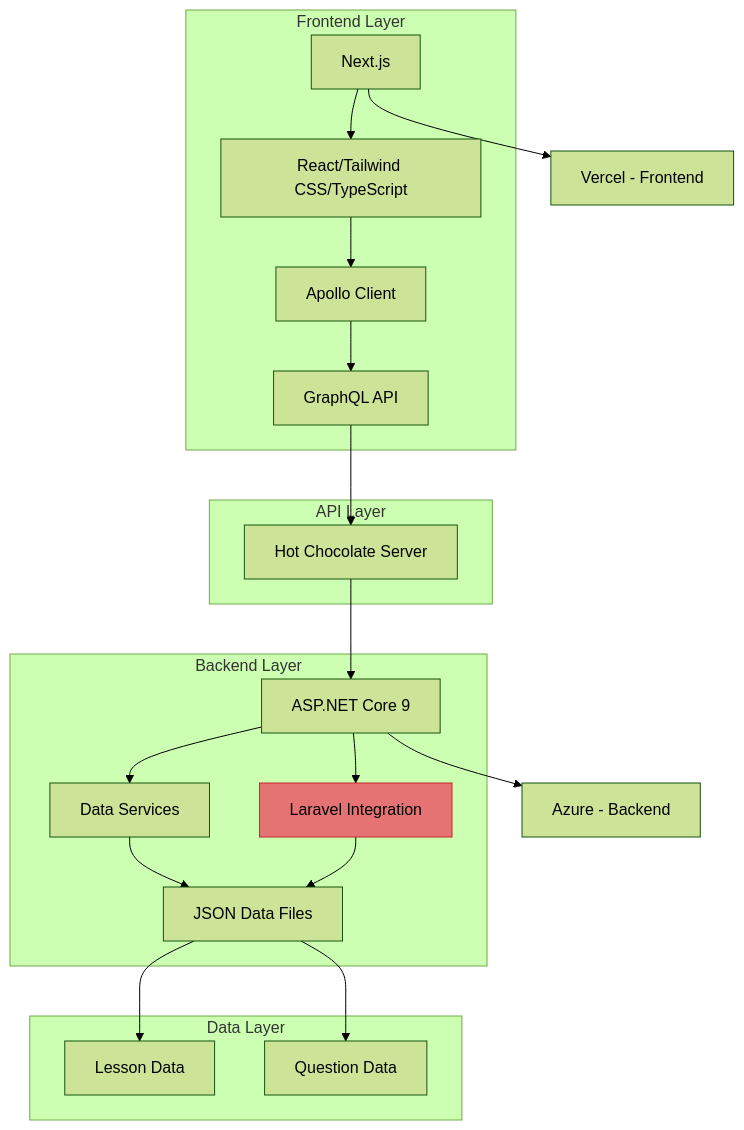
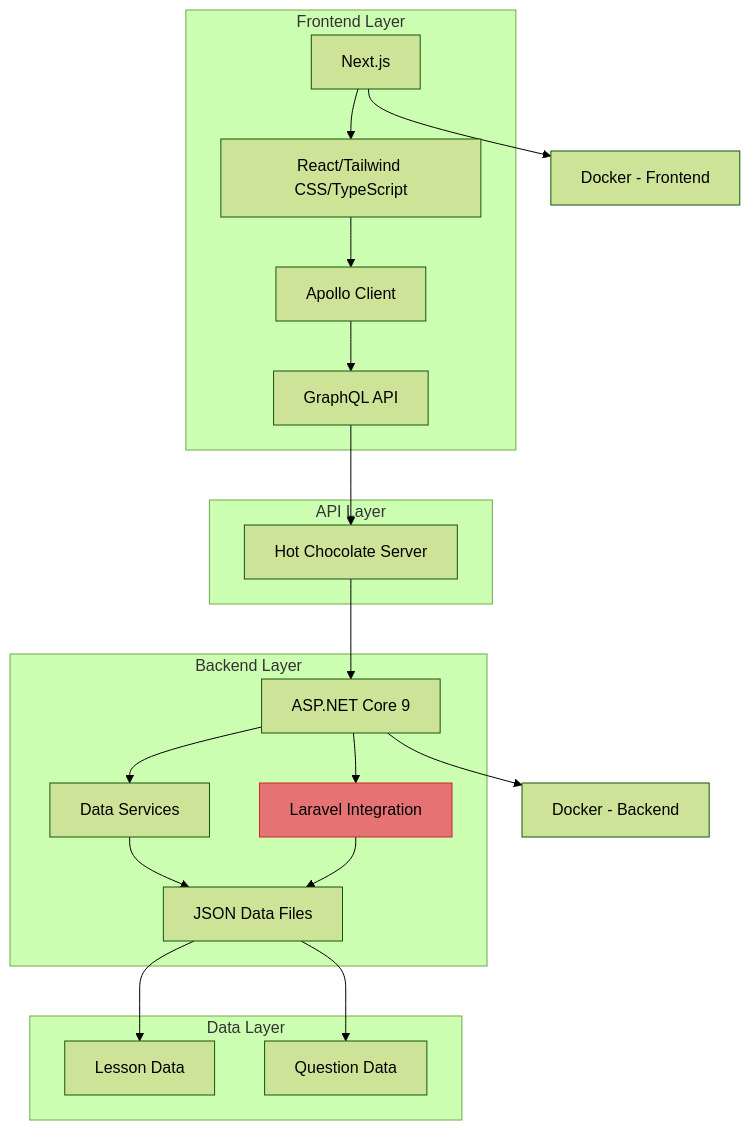
One commit to ErikVeland/dotNETQuiz changed the first of 3 diagrams in TECH_STACK_INTEGRATION.md. Above: the diagram before and after it, drawn with Mermaid (forest theme). The commit also changed other lines of this file and 39 other files, not shown here.

````diff
--- a/TECH_STACK_INTEGRATION.md
+++ b/TECH_STACK_INTEGRATION.md
@@ -13,30 +13,30 @@
 ```mermaid
 graph TB
     subgraph "Frontend Layer"
         A[Next.js] --> B[React/Tailwind CSS/TypeScript]
         B --> C[Apollo Client]
         C --> D[GraphQL API]
     end
 
     subgraph "API Layer"
         D[GraphQL API] --> E[Hot Chocolate Server]
     end
 
     subgraph "Backend Layer"
         E --> F[ASP.NET Core 9]
         F --> G[Laravel Integration]
         F --> H[Data Services]
         H --> I[JSON Data Files]
         G --> I
     end
 
     subgraph "Data Layer"
         I --> J[Lesson Data]
         I --> K[Question Data]
     end
 
-    A --> L[Vercel - Frontend]
-    F --> M[Azure - Backend]
+    A --> L[Docker - Frontend]
+    F --> M[Docker - Backend]
 
     style G fill:#e57373,stroke:#c62828
 ```
````
